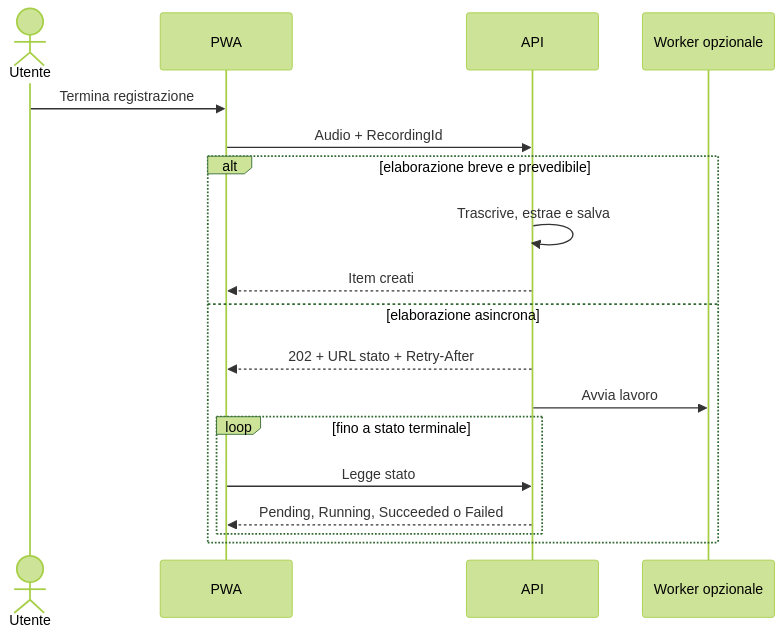
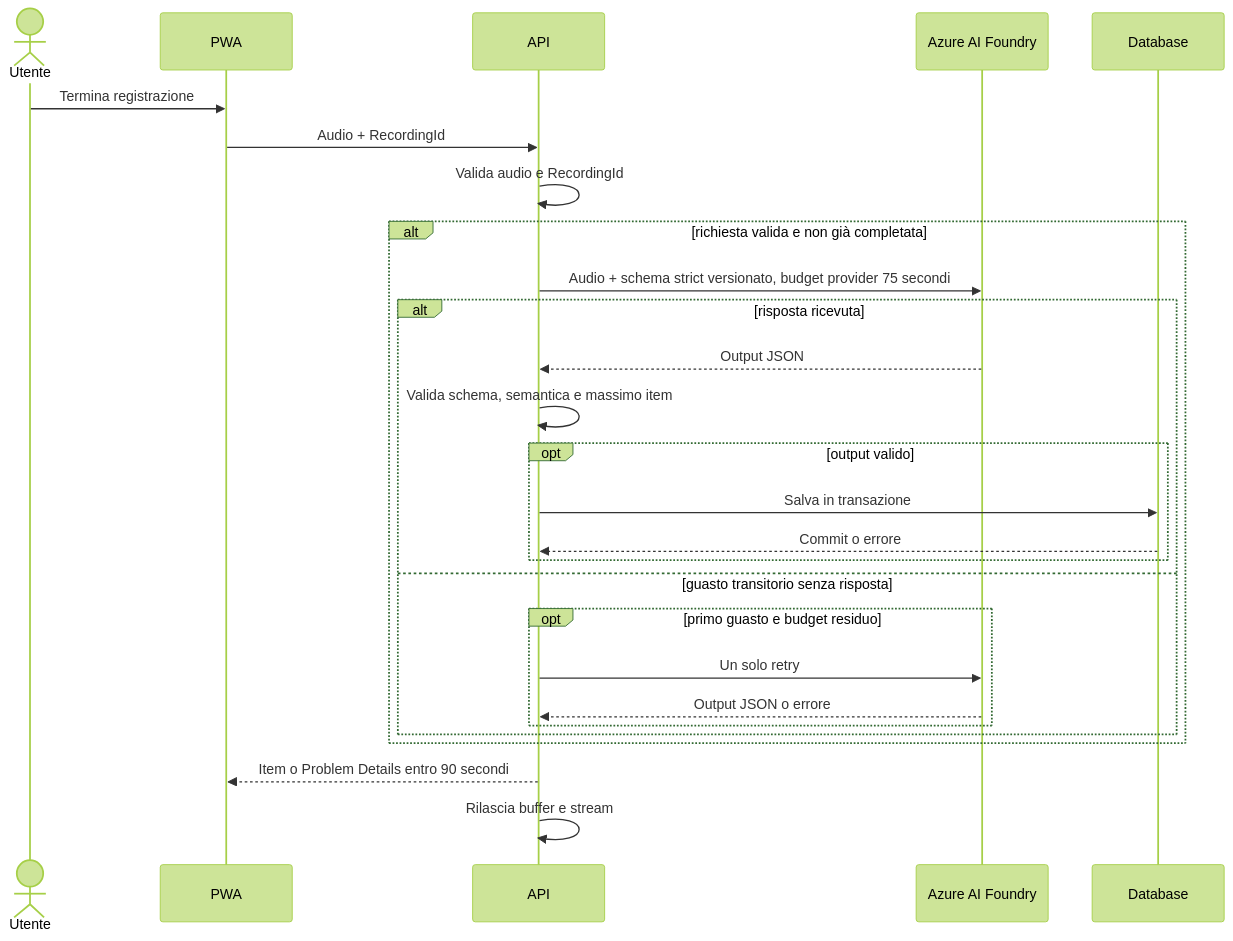
Before and after one commit to martinabruni/DA.KinHub: the second of 2 diagrams in docs/kinlist/research/tasks/voice-to-list-ai/research.md, drawn with Mermaid (forest theme). The commit also changed other lines of this file and 17 other files, not shown here.

````diff
--- a/docs/kinlist/research/tasks/voice-to-list-ai/research.md
+++ b/docs/kinlist/research/tasks/voice-to-list-ai/research.md
@@ -120,20 +127,29 @@
 ```mermaid
 sequenceDiagram
     actor U as Utente
     participant P as PWA
     participant A as API
-    participant W as Worker opzionale
+    participant F as Azure AI Foundry
+    participant D as Database
     U->>P: Termina registrazione
     P->>A: Audio + RecordingId
-    alt elaborazione breve e prevedibile
-        A->>A: Trascrive, estrae e salva
-        A-->>P: Item creati
-    else elaborazione asincrona
-        A-->>P: 202 + URL stato + Retry-After
-        A->>W: Avvia lavoro
-        loop fino a stato terminale
-            P->>A: Legge stato
-            A-->>P: Pending, Running, Succeeded o Failed
+    A->>A: Valida audio e RecordingId
+    alt richiesta valida e non già completata
+        A->>F: Audio + schema strict versionato, budget provider 75 secondi
+        alt risposta ricevuta
+            F-->>A: Output JSON
+            A->>A: Valida schema, semantica e massimo item
+            opt output valido
+                A->>D: Salva in transazione
+                D-->>A: Commit o errore
+            end
+        else guasto transitorio senza risposta
+            opt primo guasto e budget residuo
+                A->>F: Un solo retry
+                F-->>A: Output JSON o errore
+            end
         end
     end
+    A-->>P: Item o Problem Details entro 90 secondi
+    A->>A: Rilascia buffer e stream
 ```
````
